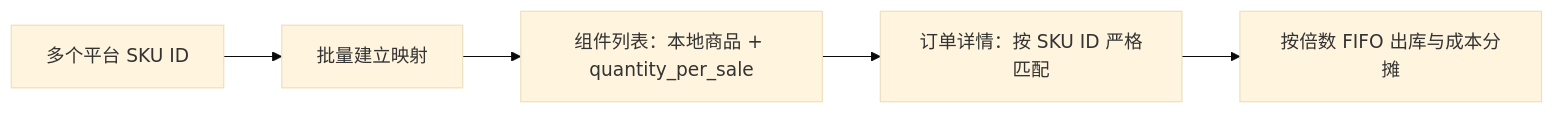
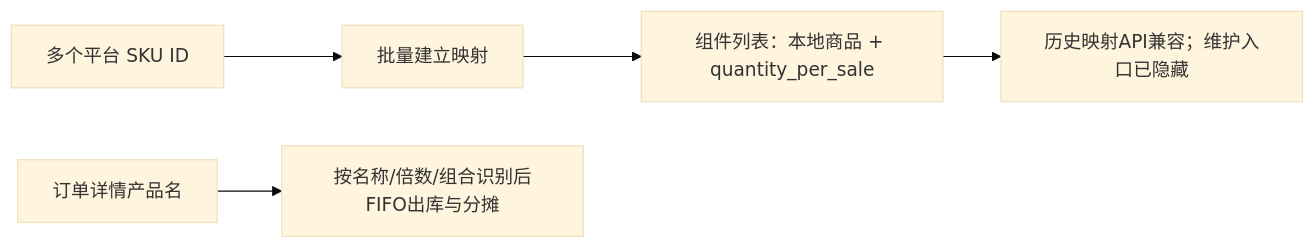
Before and after one commit to yueweiit/FastAPIProject: the diagram in docs/modules/finance-masters/workflow.md, drawn with Mermaid (base theme). The commit also changed other lines of this file and 14 other files, not shown here.

````diff
--- a/docs/modules/finance-masters/workflow.md
+++ b/docs/modules/finance-masters/workflow.md
@@ -24,7 +24,7 @@
 ```mermaid
 flowchart LR
     A["多个平台 SKU ID"] --> M["批量建立映射"]
     M --> P["组件列表：本地商品 + quantity_per_sale"]
-    P --> S["订单详情：按 SKU ID 严格匹配"]
-    S --> F["按倍数 FIFO 出库与成本分摊"]
+    P --> S["历史映射API兼容；维护入口已隐藏"]
+    N["订单详情产品名"] --> F["按名称/倍数/组合识别后FIFO出库与分摊"]
 ```
````
